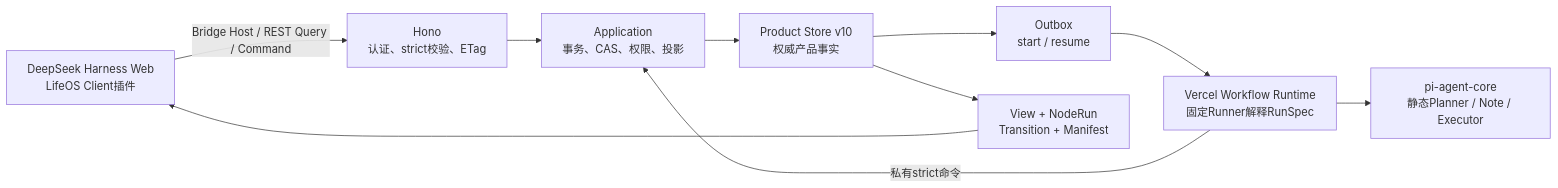
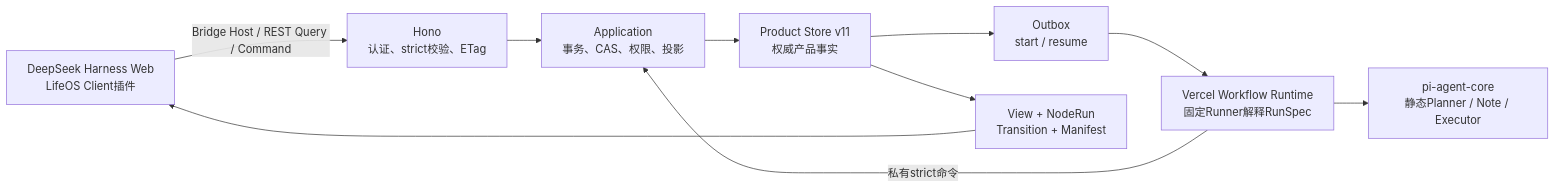
One commit to later-3/Chat changed the diagram in docs/architecture/configurable-workflow-as-built.md. Above: the diagram before and after it, drawn with Mermaid. The commit also changed other lines of this file and 71 other files, not shown here.

````diff
--- a/docs/architecture/configurable-workflow-as-built.md
+++ b/docs/architecture/configurable-workflow-as-built.md
@@ -29,12 +29,12 @@
 ```mermaid
 flowchart LR
   UI["DeepSeek Harness Web\nLifeOS Client插件"] -->|"Bridge Host / REST Query / Command"| API["Hono\n认证、strict校验、ETag"]
   API --> APP["Application\n事务、CAS、权限、投影"]
-  APP --> STORE["Product Store v10\n权威产品事实"]
+  APP --> STORE["Product Store v11\n权威产品事实"]
   STORE --> OUTBOX["Outbox\nstart / resume"]
   OUTBOX --> RUNTIME["Vercel Workflow Runtime\n固定Runner解释RunSpec"]
   RUNTIME -->|"私有strict命令"| APP
   RUNTIME --> PI["pi-agent-core\n静态Planner / Note / Executor"]
   STORE --> VIEW["View + NodeRun\nTransition + Manifest"]
   VIEW --> UI
 ```
````
